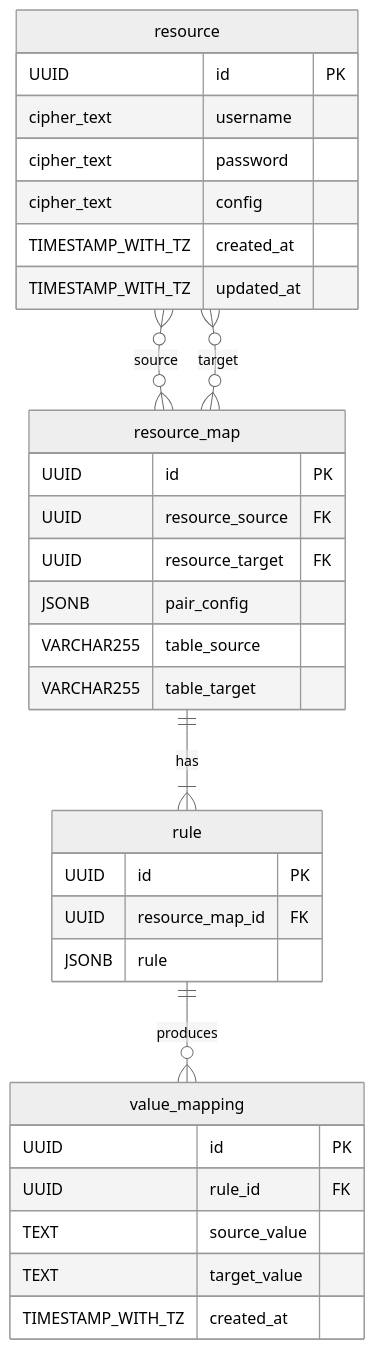
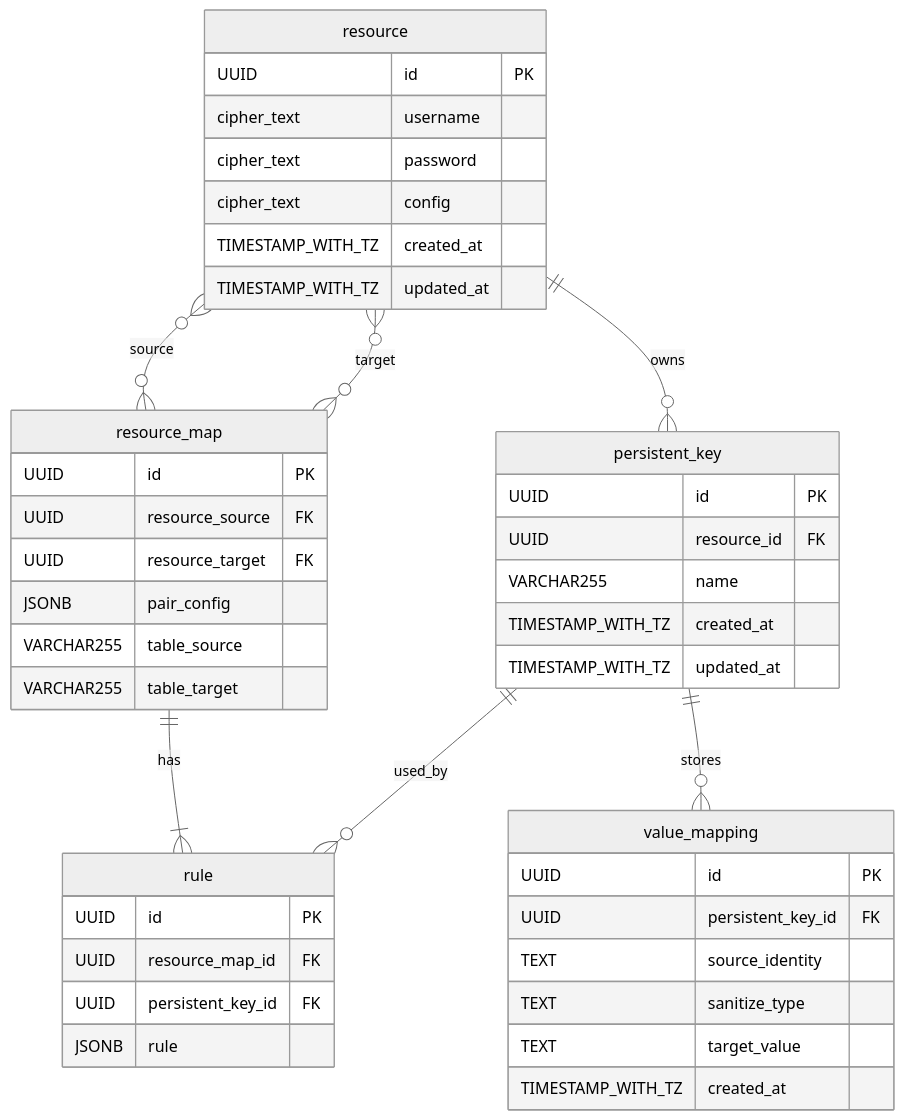
The third of 3 diagrams in docs/overall-workflows.md (spk-cpsamut/rep-pro), drawn with Mermaid (neutral theme) before and after one commit. The commit also changed other lines of this file and 18 other files, not shown here.

First line of the commit message:
feat: introduce persistent key management and enhance sanitization logic

````diff
--- a/docs/overall-workflows.md
+++ b/docs/overall-workflows.md
@@ -105,39 +105,51 @@
 ```mermaid
 erDiagram
     resource {
         UUID id PK
         cipher_text username
         cipher_text password
         cipher_text config
         TIMESTAMP_WITH_TZ created_at
         TIMESTAMP_WITH_TZ updated_at
     }
 
     resource_map {
         UUID id PK
         UUID resource_source FK
         UUID resource_target FK
         JSONB pair_config
         VARCHAR255 table_source
         VARCHAR255 table_target
     }
 
+    persistent_key {
+        UUID id PK
+        UUID resource_id FK
+        VARCHAR255 name
+        TIMESTAMP_WITH_TZ created_at
+        TIMESTAMP_WITH_TZ updated_at
+    }
+
     rule {
         UUID id PK
         UUID resource_map_id FK
+        UUID persistent_key_id FK
         JSONB rule
     }
 
     value_mapping {
         UUID id PK
-        UUID rule_id FK
-        TEXT source_value
+        UUID persistent_key_id FK
+        TEXT source_identity
+        TEXT sanitize_type
         TEXT target_value
         TIMESTAMP_WITH_TZ created_at
     }
 
-    resource     }o--o{ resource_map  : source
-    resource     }o--o{ resource_map  : target
-    resource_map ||--|{ rule          : has
-    rule         ||--o{ value_mapping : produces
+    resource     }o--o{ resource_map    : source
+    resource     }o--o{ resource_map    : target
+    resource     ||--o{ persistent_key  : owns
+    resource_map ||--|{ rule            : has
+    persistent_key ||--o{ rule          : used_by
+    persistent_key ||--o{ value_mapping : stores
 ```
````
